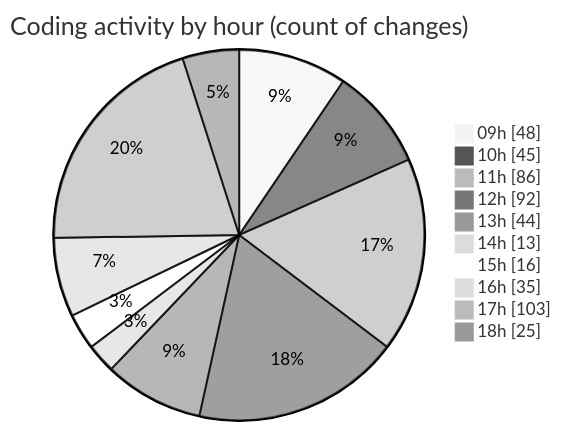
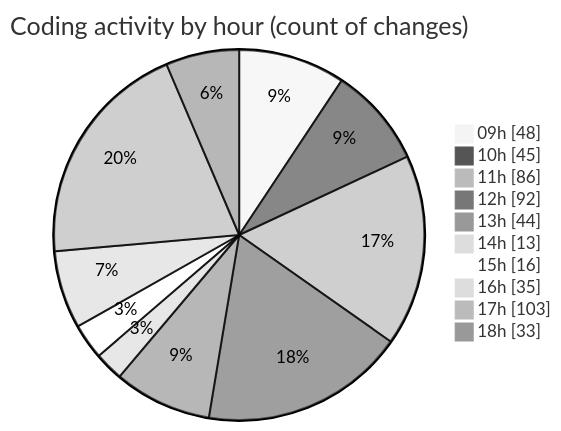
One commit to momahboobian/code-tracking changed the second of 2 diagrams in 2025-03-14/cda/README.md. Above: the diagram before and after it, drawn with Mermaid (neutral theme). The commit also changed other lines of this file and 1 other file, not shown here.

````diff
--- a/2025-03-14/cda/README.md
+++ b/2025-03-14/cda/README.md
@@ -52,14 +52,14 @@
 ```mermaid
 pie showData
 title Coding activity by hour (count of changes)
 "09h" : 48
 "10h" : 45
 "11h" : 86
 "12h" : 92
 "13h" : 44
 "14h" : 13
 "15h" : 16
 "16h" : 35
 "17h" : 103
-"18h" : 25
+"18h" : 33
 ```
````
